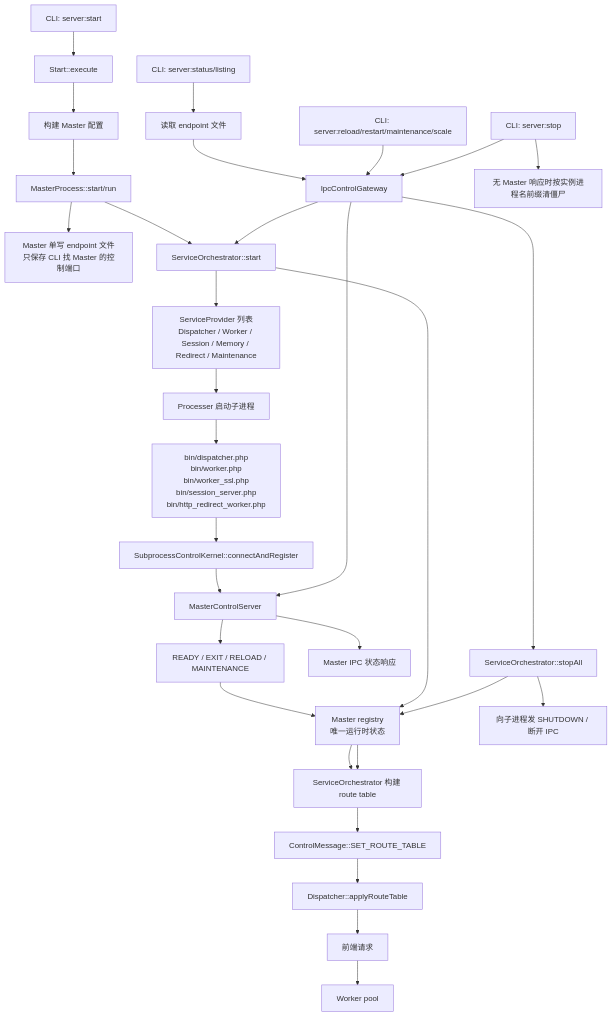
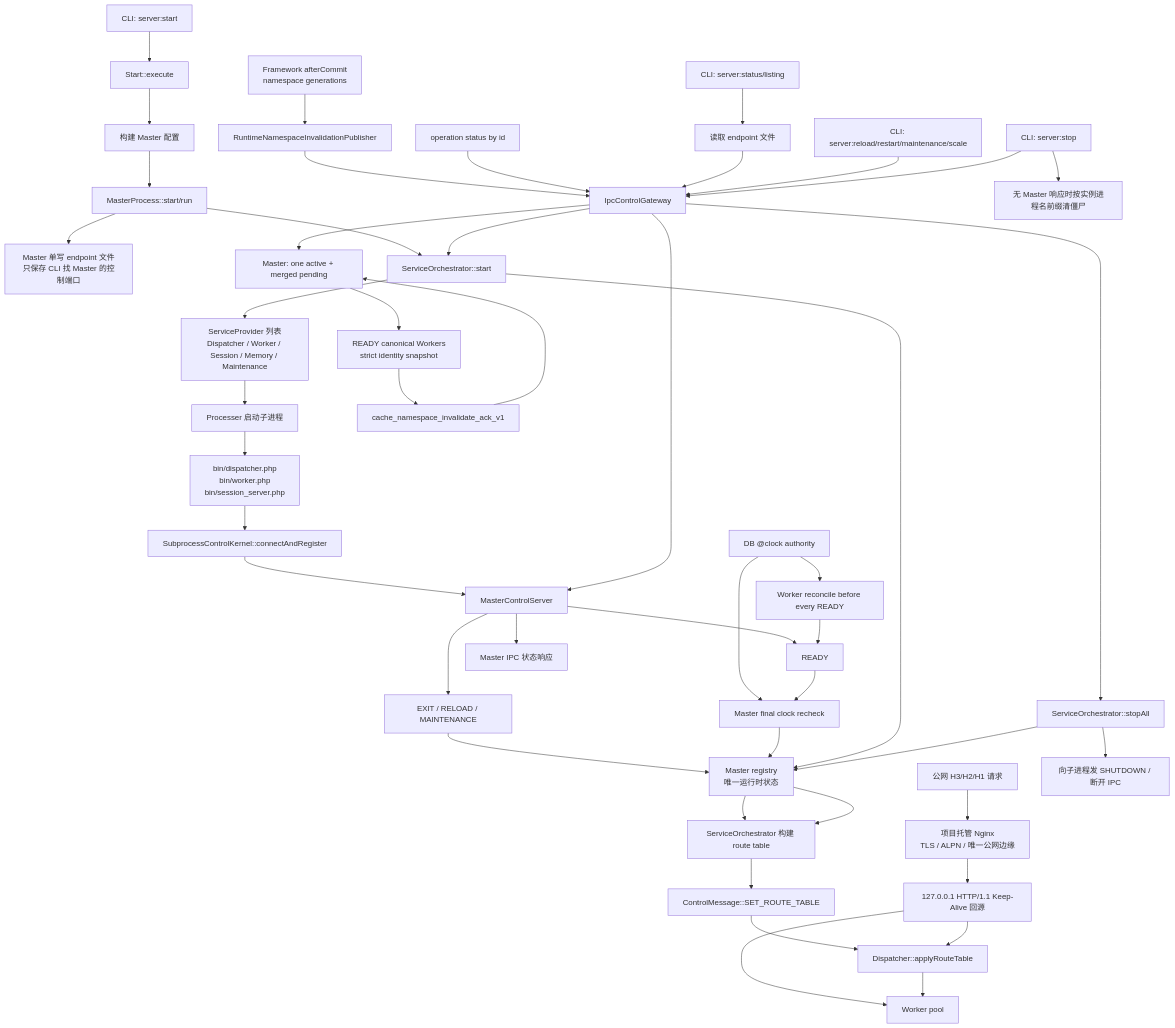
The diagram in app/code/Weline/Server/doc/WLS-master-ipc-call-chain.md (Aiweline/WelineFramework), drawn with Mermaid before and after one commit. The commit also changed other lines of this file and 243 other files, not shown here.

````diff
--- a/app/code/Weline/Server/doc/WLS-master-ipc-call-chain.md
+++ b/app/code/Weline/Server/doc/WLS-master-ipc-call-chain.md
@@ -5,38 +5,56 @@
 ```mermaid
 flowchart TD
     CLIStart["CLI: server:start"] --> StartExecute["Start::execute"]
     StartExecute --> MasterConfig["构建 Master 配置"]
     MasterConfig --> MasterProcess["MasterProcess::start/run"]
     MasterProcess --> EndpointFile["Master 单写 endpoint 文件\n只保存 CLI 找 Master 的控制端口"]
     MasterProcess --> Orchestrator["ServiceOrchestrator::start"]
 
-    Orchestrator --> Providers["ServiceProvider 列表\nDispatcher / Worker / Session / Memory / Redirect / Maintenance"]
+    Orchestrator --> Providers["ServiceProvider 列表\nDispatcher / Worker / Session / Memory / Maintenance"]
     Providers --> SpawnChildren["Processer 启动子进程"]
-    SpawnChildren --> ChildBins["bin/dispatcher.php\nbin/worker.php\nbin/worker_ssl.php\nbin/session_server.php\nbin/http_redirect_worker.php"]
+    SpawnChildren --> ChildBins["bin/dispatcher.php\nbin/worker.php\nbin/session_server.php"]
     ChildBins --> ChildKernel["SubprocessControlKernel::connectAndRegister"]
     ChildKernel --> MasterControl["MasterControlServer"]
-    MasterControl --> ReadyEvents["READY / EXIT / RELOAD / MAINTENANCE"]
-    ReadyEvents --> Registry["Master registry\n唯一运行时状态"]
+    MasterControl --> ReadyEvents["READY"]
+    MasterControl --> LifecycleEvents["EXIT / RELOAD / MAINTENANCE"]
+    LifecycleEvents --> Registry["Master registry\n唯一运行时状态"]
+
+    ResourceCommit["Framework afterCommit\nnamespace generations"] --> NamespacePublisher["RuntimeNamespaceInvalidationPublisher"]
+    NamespacePublisher --> IpcGateway
+    IpcGateway --> NamespaceQueue["Master: one active + merged pending"]
+    NamespaceQueue --> NamespaceWorkers["READY canonical Workers\nstrict identity snapshot"]
+    NamespaceWorkers --> NamespaceAck["cache_namespace_invalidate_ack_v1"]
+    NamespaceAck --> NamespaceQueue
+    NamespaceStatus["operation status by id"] --> IpcGateway
+
+    NamespaceDb["DB @clock authority"] --> ReadyReconcile["Worker reconcile before every READY"]
+    ReadyReconcile --> ReadyEvents
+    NamespaceDb --> FinalAdmission["Master final clock recheck"]
+    ReadyEvents --> FinalAdmission
+    FinalAdmission --> Registry
 
     Registry --> RouteBuild["ServiceOrchestrator 构建 route table"]
     RouteBuild --> SetRouteTable["ControlMessage::SET_ROUTE_TABLE"]
     SetRouteTable --> Dispatcher["Dispatcher::applyRouteTable"]
-    Dispatcher --> FrontTraffic["前端请求"]
-    FrontTraffic --> WorkerPool["Worker pool"]
+    FrontTraffic["公网 H3/H2/H1 请求"] --> ManagedNginx["项目托管 Nginx\nTLS / ALPN / 唯一公网边缘"]
+    ManagedNginx --> LoopbackIngress["127.0.0.1 HTTP/1.1 Keep-Alive 回源"]
+    LoopbackIngress --> Dispatcher
+    LoopbackIngress --> WorkerPool["Worker pool"]
+    Dispatcher --> WorkerPool
 
     CLIStatus["CLI: server:status/listing"] --> EndpointLookup["读取 endpoint 文件"]
     EndpointLookup --> IpcGateway["IpcControlGateway"]
     IpcGateway --> MasterControl
     MasterControl --> StatusSnapshot["Master IPC 状态响应"]
 
     CLIReload["CLI: server:reload/restart/maintenance/scale"] --> IpcGateway
     IpcGateway --> Orchestrator
     Orchestrator --> Registry
     Registry --> RouteBuild
 
     CLIStop["CLI: server:stop"] --> IpcGateway
     CLIStop --> PrefixCleanup["无 Master 响应时按实例进程名前缀清僵尸"]
     IpcGateway --> StopFlow["ServiceOrchestrator::stopAll"]
     StopFlow --> Registry
     StopFlow --> ChildShutdown["向子进程发 SHUTDOWN / 断开 IPC"]
 ```
````
